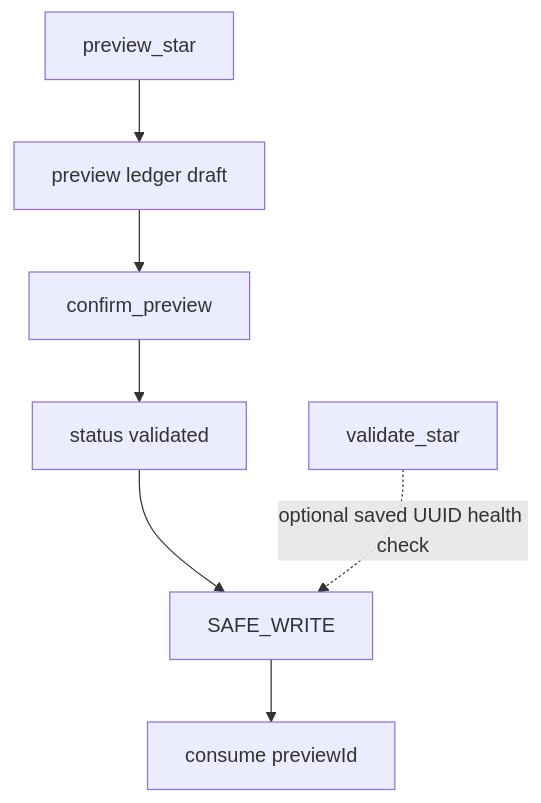
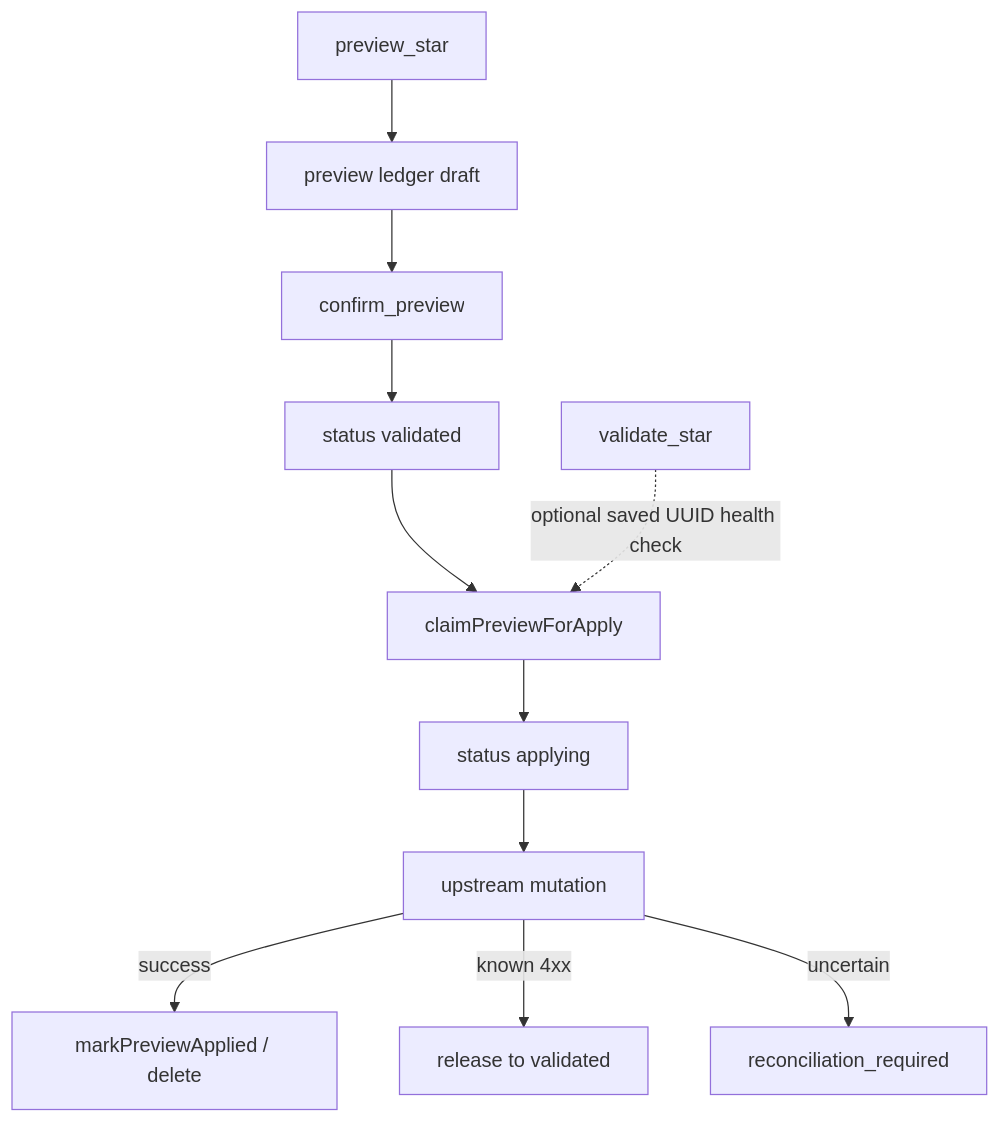
The diagram in docs/adr/0014-mcp-content-developer-persona-mutation-boundary.md (yu-iskw/lightdash-tools), drawn with Mermaid before and after one commit. The commit also changed other lines of this file and 43 other files, not shown here.

First line of the commit message:
feat(mcp): add pluggable ephemeral store and preview claim/apply gate

````diff
--- a/docs/adr/0014-mcp-content-developer-persona-mutation-boundary.md
+++ b/docs/adr/0014-mcp-content-developer-persona-mutation-boundary.md
@@ -37,9 +37,13 @@
 ```mermaid
 flowchart TD
   preview[preview_star] --> ledger[preview ledger draft]
   ledger --> confirm[confirm_preview]
   confirm --> validated[status validated]
-  validated --> apply[SAFE_WRITE]
-  apply --> consume[consume previewId]
-  validate[validate_star] -.->|"optional saved UUID health check"| apply
+  validated --> claim[claimPreviewForApply]
+  claim --> applying[status applying]
+  applying --> mutate[upstream mutation]
+  mutate -->|success| applied[markPreviewApplied / delete]
+  mutate -->|known 4xx| release[release to validated]
+  mutate -->|uncertain| reconcile[reconciliation_required]
+  validate[validate_star] -.->|"optional saved UUID health check"| claim
 ```
````
